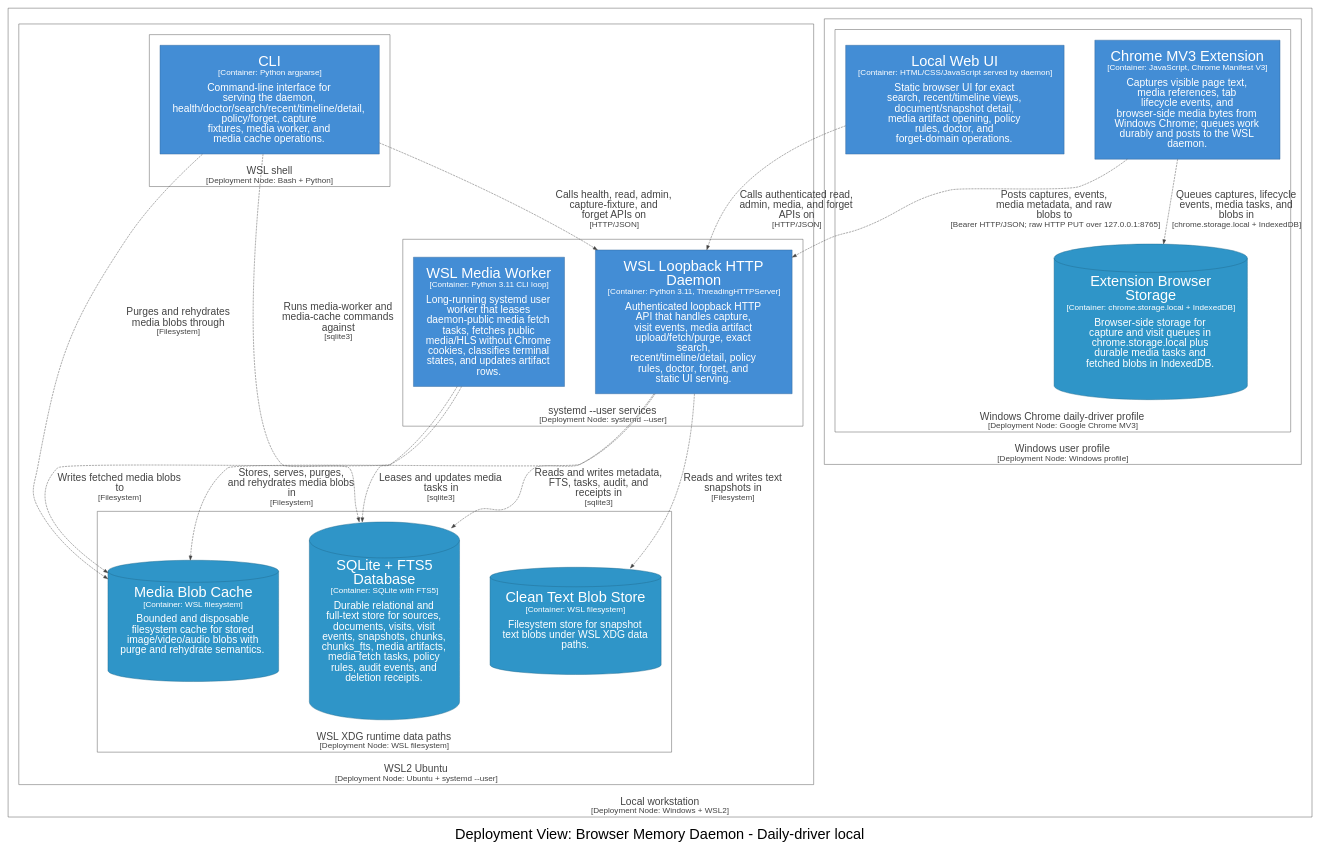
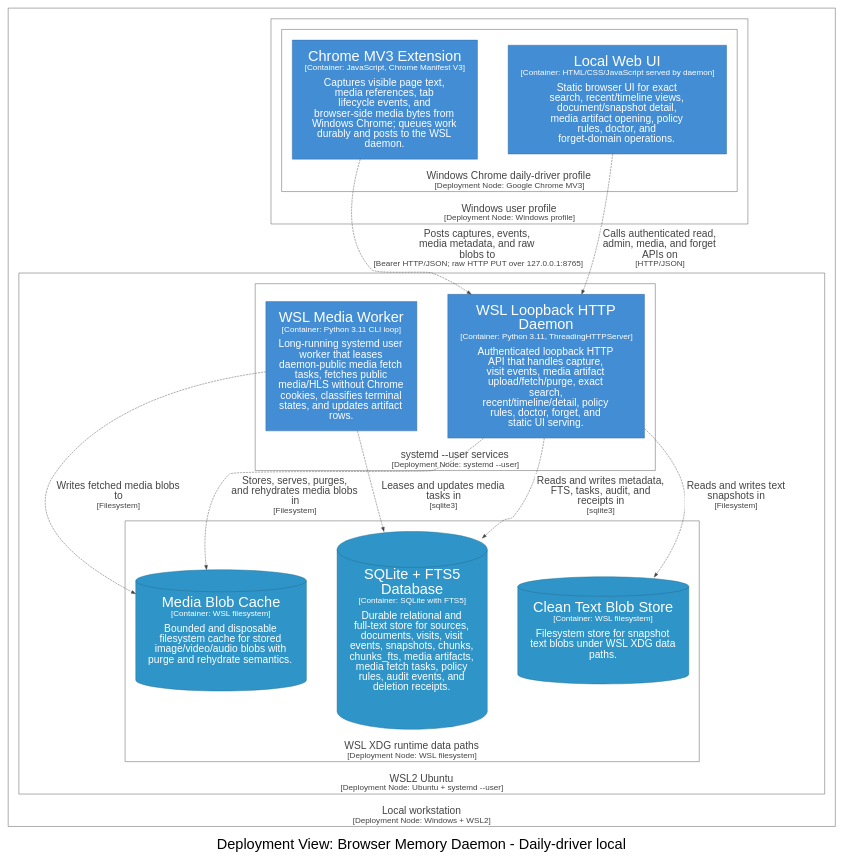
One commit to michaelnicks0/browser-memory-daemon changed the diagram in architecture/diagrams/dot/structurizr-DailyDriverDeployment.dot. Above: the diagram before and after it, drawn with Graphviz. The commit also changed 83 other files, not shown here.

Commit message:
docs: clean C4 diagram renders

```diff
--- a/architecture/diagrams/dot/structurizr-DailyDriverDeployment.dot
+++ b/architecture/diagrams/dot/structurizr-DailyDriverDeployment.dot
@@ -1,99 +1,93 @@
 digraph {
   compound=true
   graph [fontname="Arial", rankdir=TB, ranksep=1.0, nodesep=1.0]
   node [fontname="Arial", shape=box, margin="0.4,0.3"]
   edge [fontname="Arial"]
   label=<<br /><font point-size="34">Deployment View: Browser Memory Daemon - Daily-driver local</font>>
 
   subgraph cluster_85 {
     margin=25
     label=<<font point-size="24">Local workstation</font><br /><font point-size="19">[Deployment Node: Windows + WSL2]</font>>
     labelloc=b
     color="#444444"
     fontcolor="#444444"
     fillcolor="#ffffff"
 
     subgraph cluster_86 {
       margin=25
       label=<<font point-size="24">Windows user profile</font><br /><font point-size="19">[Deployment Node: Windows profile]</font>>
       labelloc=b
       color="#444444"
       fontcolor="#444444"
       fillcolor="#ffffff"
 
       subgraph cluster_87 {
         margin=25
         label=<<font point-size="24">Windows Chrome daily-driver profile</font><br /><font point-size="19">[Deployment Node: Google Chrome MV3]</font>>
         labelloc=b
         color="#444444"
         fontcolor="#444444"
         fillcolor="#ffffff"
 
         88 [id=88,shape=rect, label=<<font point-size="34">Chrome MV3 Extension</font><br /><font point-size="19">[Container: JavaScript, Chrome Manifest V3]</font><br /><br /><font point-size="24">Captures visible page text,<br />media references, tab<br />lifecycle events, and<br />browser-side media bytes from<br />Windows Chrome; queues work<br />durably and posts to the WSL<br />daemon.</font>>, style=filled, color="#2e6295", fillcolor="#438dd5", fontcolor="#ffffff"]
-        89 [id=89,shape=cylinder, label=<<font point-size="34">Extension Browser<br />Storage</font><br /><font point-size="19">[Container: chrome.storage.local + IndexedDB]</font><br /><br /><font point-size="24">Browser-side storage for<br />capture and visit queues in<br />chrome.storage.local plus<br />durable media tasks and<br />fetched blobs in IndexedDB.</font>>, style=filled, color="#20688c", fillcolor="#2f95c8", fontcolor="#ffffff"]
         91 [id=91,shape=rect, label=<<font point-size="34">Local Web UI</font><br /><font point-size="19">[Container: HTML/CSS/JavaScript served by daemon]</font><br /><br /><font point-size="24">Static browser UI for exact<br />search, recent/timeline views,<br />document/snapshot detail,<br />media artifact opening, policy<br />rules, doctor, and<br />forget-domain operations.</font>>, style=filled, color="#2e6295", fillcolor="#438dd5", fontcolor="#ffffff"]
       }
 
     }
 
     subgraph cluster_93 {
       margin=25
       label=<<font point-size="24">WSL2 Ubuntu</font><br /><font point-size="19">[Deployment Node: Ubuntu + systemd --user]</font>>
       labelloc=b
       color="#444444"
       fontcolor="#444444"
       fillcolor="#ffffff"
 
       subgraph cluster_102 {
         margin=25
         label=<<font point-size="24">WSL XDG runtime data paths</font><br /><font point-size="19">[Deployment Node: WSL filesystem]</font>>
         labelloc=b
         color="#444444"
         fontcolor="#444444"
         fillcolor="#ffffff"
 
         103 [id=103,shape=cylinder, label=<<font point-size="34">SQLite + FTS5<br />Database</font><br /><font point-size="19">[Container: SQLite with FTS5]</font><br /><br /><font point-size="24">Durable relational and<br />full-text store for sources,<br />documents, visits, visit<br />events, snapshots, chunks,<br />chunks_fts, media artifacts,<br />media fetch tasks, policy<br />rules, audit events, and<br />deletion receipts.</font>>, style=filled, color="#20688c", fillcolor="#2f95c8", fontcolor="#ffffff"]
         107 [id=107,shape=cylinder, label=<<font point-size="34">Clean Text Blob Store</font><br /><font point-size="19">[Container: WSL filesystem]</font><br /><br /><font point-size="24">Filesystem store for snapshot<br />text blobs under WSL XDG data<br />paths.</font>>, style=filled, color="#20688c", fillcolor="#2f95c8", fontcolor="#ffffff"]
         109 [id=109,shape=cylinder, label=<<font point-size="34">Media Blob Cache</font><br /><font point-size="19">[Container: WSL filesystem]</font><br /><br /><font point-size="24">Bounded and disposable<br />filesystem cache for stored<br />image/video/audio blobs with<br />purge and rehydrate semantics.</font>>, style=filled, color="#20688c", fillcolor="#2f95c8", fontcolor="#ffffff"]
       }
 
       subgraph cluster_94 {
         margin=25
         label=<<font point-size="24">systemd --user services</font><br /><font point-size="19">[Deployment Node: systemd --user]</font>>
         labelloc=b
         color="#444444"
         fontcolor="#444444"
         fillcolor="#ffffff"
 
         95 [id=95,shape=rect, label=<<font point-size="34">WSL Loopback HTTP<br />Daemon</font><br /><font point-size="19">[Container: Python 3.11, ThreadingHTTPServer]</font><br /><br /><font point-size="24">Authenticated loopback HTTP<br />API that handles capture,<br />visit events, media artifact<br />upload/fetch/purge, exact<br />search,<br />recent/timeline/detail, policy<br />rules, doctor, forget, and<br />static UI serving.</font>>, style=filled, color="#2e6295", fillcolor="#438dd5", fontcolor="#ffffff"]
         98 [id=98,shape=rect, label=<<font point-size="34">WSL Media Worker</font><br /><font point-size="19">[Container: Python 3.11 CLI loop]</font><br /><br /><font point-size="24">Long-running systemd user<br />worker that leases<br />daemon-public media fetch<br />tasks, fetches public<br />media/HLS without Chrome<br />cookies, classifies terminal<br />states, and updates artifact<br />rows.</font>>, style=filled, color="#2e6295", fillcolor="#438dd5", fontcolor="#ffffff"]
       }
 
       subgraph cluster_99 {
         margin=25
         label=<<font point-size="24">WSL shell</font><br /><font point-size="19">[Deployment Node: Bash + Python]</font>>
         labelloc=b
         color="#444444"
         fontcolor="#444444"
         fillcolor="#ffffff"
 
-        100 [id=100,shape=rect, label=<<font point-size="34">CLI</font><br /><font point-size="19">[Container: Python argparse]</font><br /><br /><font point-size="24">Command-line interface for<br />serving the daemon,<br />health/doctor/search/recent/timeline/detail,<br />policy/forget, capture<br />fixtures, media worker, and<br />media cache operations.</font>>, style=filled, color="#2e6295", fillcolor="#438dd5", fontcolor="#ffffff"]
       }
 
     }
 
   }
 
-  100 -> 95 [id=101, label=<<font point-size="24">Calls health, read, admin,<br />capture-fixture, and<br />forget APIs on</font><br /><font point-size="19">[HTTP/JSON]</font>>, style="dashed", color="#444444", fontcolor="#444444"]
-  95 -> 103 [id=104, label=<<font point-size="24">Reads and writes metadata,<br />FTS, tasks, audit, and<br />receipts in</font><br /><font point-size="19">[sqlite3]</font>>, style="dashed", color="#444444", fontcolor="#444444"]
-  98 -> 103 [id=105, label=<<font point-size="24">Leases and updates media<br />tasks in</font><br /><font point-size="19">[sqlite3]</font>>, style="dashed", color="#444444", fontcolor="#444444"]
-  100 -> 103 [id=106, label=<<font point-size="24">Runs media-worker and<br />media-cache commands<br />against</font><br /><font point-size="19">[sqlite3]</font>>, style="dashed", color="#444444", fontcolor="#444444"]
-  95 -> 107 [id=108, label=<<font point-size="24">Reads and writes text<br />snapshots in</font><br /><font point-size="19">[Filesystem]</font>>, style="dashed", color="#444444", fontcolor="#444444"]
-  95 -> 109 [id=110, label=<<font point-size="24">Stores, serves, purges,<br />and rehydrates media blobs<br />in</font><br /><font point-size="19">[Filesystem]</font>>, style="dashed", color="#444444", fontcolor="#444444"]
-  98 -> 109 [id=111, label=<<font point-size="24">Writes fetched media blobs<br />to</font><br /><font point-size="19">[Filesystem]</font>>, style="dashed", color="#444444", fontcolor="#444444"]
-  100 -> 109 [id=112, label=<<font point-size="24">Purges and rehydrates<br />media blobs through</font><br /><font point-size="19">[Filesystem]</font>>, style="dashed", color="#444444", fontcolor="#444444"]
-  88 -> 89 [id=90, label=<<font point-size="24">Queues captures, lifecycle<br />events, media tasks, and<br />blobs in</font><br /><font point-size="19">[chrome.storage.local + IndexedDB]</font>>, style="dashed", color="#444444", fontcolor="#444444"]
-  88 -> 95 [id=96, label=<<font point-size="24">Posts captures, events,<br />media metadata, and raw<br />blobs to</font><br /><font point-size="19">[Bearer HTTP/JSON; raw HTTP PUT over 127.0.0.1:8765]</font>>, style="dashed", color="#444444", fontcolor="#444444"]
-  91 -> 95 [id=97, label=<<font point-size="24">Calls authenticated read,<br />admin, media, and forget<br />APIs on</font><br /><font point-size="19">[HTTP/JSON]</font>>, style="dashed", color="#444444", fontcolor="#444444"]
+  95 -> 103 [id=104, label=<<TABLE BORDER="0" CELLBORDER="0" CELLSPACING="0" CELLPADDING="4" BGCOLOR="white"><TR><TD><font point-size="24">Reads and writes metadata,<br />FTS, tasks, audit, and<br />receipts in</font><br /><font point-size="19">[sqlite3]</font></TD></TR></TABLE>>, style="dashed", color="#444444", fontcolor="#444444"]
+  98 -> 103 [id=105, label=<<TABLE BORDER="0" CELLBORDER="0" CELLSPACING="0" CELLPADDING="4" BGCOLOR="white"><TR><TD><font point-size="24">Leases and updates media<br />tasks in</font><br /><font point-size="19">[sqlite3]</font></TD></TR></TABLE>>, style="dashed", color="#444444", fontcolor="#444444"]
+  95 -> 107 [id=108, label=<<TABLE BORDER="0" CELLBORDER="0" CELLSPACING="0" CELLPADDING="4" BGCOLOR="white"><TR><TD><font point-size="24">Reads and writes text<br />snapshots in</font><br /><font point-size="19">[Filesystem]</font></TD></TR></TABLE>>, style="dashed", color="#444444", fontcolor="#444444"]
+  95 -> 109 [id=110, label=<<TABLE BORDER="0" CELLBORDER="0" CELLSPACING="0" CELLPADDING="4" BGCOLOR="white"><TR><TD><font point-size="24">Stores, serves, purges,<br />and rehydrates media blobs<br />in</font><br /><font point-size="19">[Filesystem]</font></TD></TR></TABLE>>, style="dashed", color="#444444", fontcolor="#444444"]
+  98 -> 109 [id=111, label=<<TABLE BORDER="0" CELLBORDER="0" CELLSPACING="0" CELLPADDING="4" BGCOLOR="white"><TR><TD><font point-size="24">Writes fetched media blobs<br />to</font><br /><font point-size="19">[Filesystem]</font></TD></TR></TABLE>>, style="dashed", color="#444444", fontcolor="#444444"]
+  88 -> 95 [id=96, label=<<TABLE BORDER="0" CELLBORDER="0" CELLSPACING="0" CELLPADDING="4" BGCOLOR="white"><TR><TD><font point-size="24">Posts captures, events,<br />media metadata, and raw<br />blobs to</font><br /><font point-size="19">[Bearer HTTP/JSON; raw HTTP PUT over 127.0.0.1:8765]</font></TD></TR></TABLE>>, style="dashed", color="#444444", fontcolor="#444444"]
+  91 -> 95 [id=97, label=<<TABLE BORDER="0" CELLBORDER="0" CELLSPACING="0" CELLPADDING="4" BGCOLOR="white"><TR><TD><font point-size="24">Calls authenticated read,<br />admin, media, and forget<br />APIs on</font><br /><font point-size="19">[HTTP/JSON]</font></TD></TR></TABLE>>, style="dashed", color="#444444", fontcolor="#444444"]
 
 }
```
